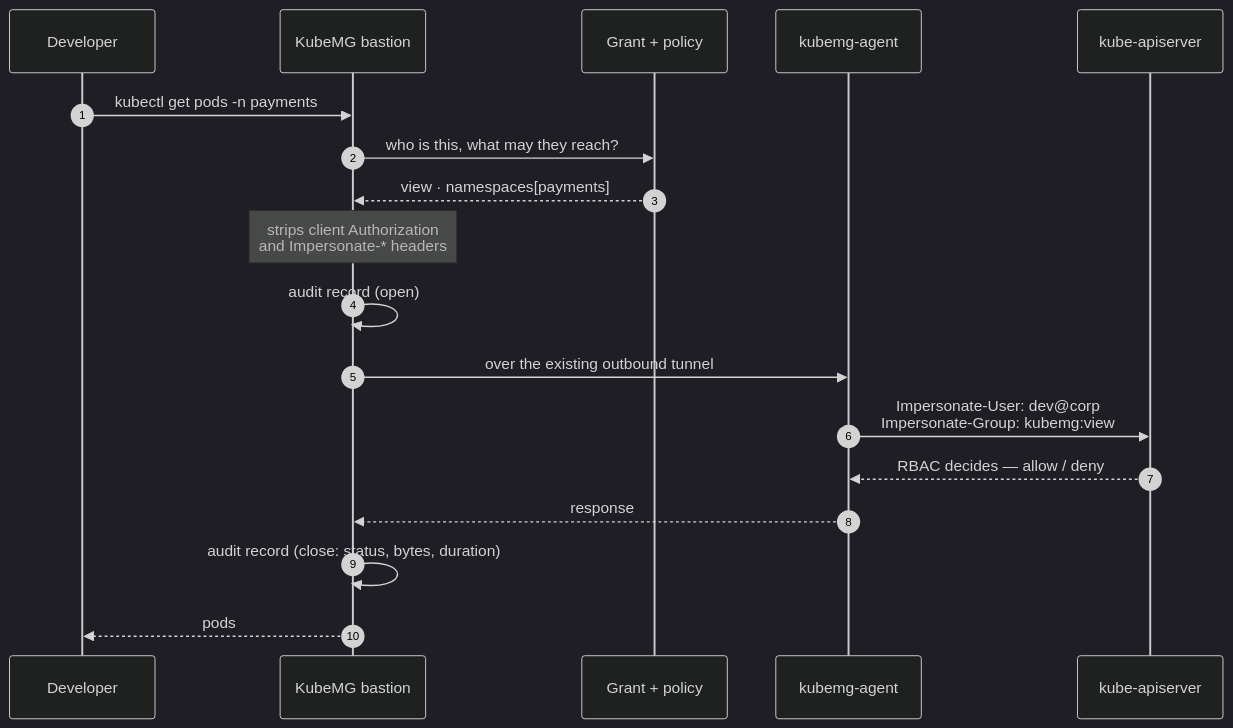
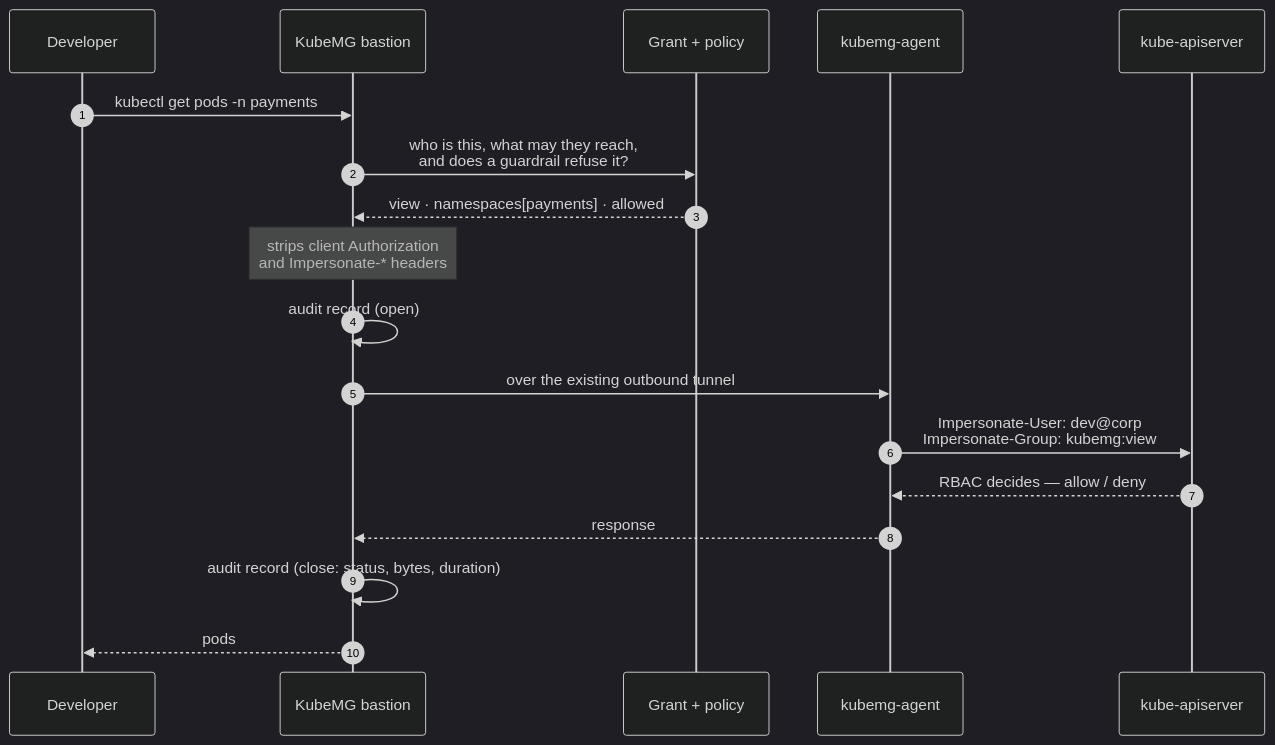
The second of 7 diagrams in README.md (kubemg/kubemg), drawn with Mermaid (dark theme) before and after one commit. The commit also changed other lines of this file, not shown here.

````diff
--- a/README.md
+++ b/README.md
@@ -80,21 +82,21 @@
 ```mermaid
 sequenceDiagram
     autonumber
     participant D as Developer
     participant B as KubeMG bastion
     participant G as Grant + policy
     participant A as kubemg-agent
     participant K as kube-apiserver
 
     D->>B: kubectl get pods -n payments
-    B->>G: who is this, what may they reach?
-    G-->>B: view · namespaces[payments]
+    B->>G: who is this, what may they reach,<br/>and does a guardrail refuse it?
+    G-->>B: view · namespaces[payments] · allowed
     Note over B: strips client Authorization<br/>and Impersonate-* headers
     B->>B: audit record (open)
     B->>A: over the existing outbound tunnel
     A->>K: Impersonate-User: dev@corp<br/>Impersonate-Group: kubemg:view
     K-->>A: RBAC decides — allow / deny
     A-->>B: response
     B->>B: audit record (close: status, bytes, duration)
     B-->>D: pods
 ```
````
